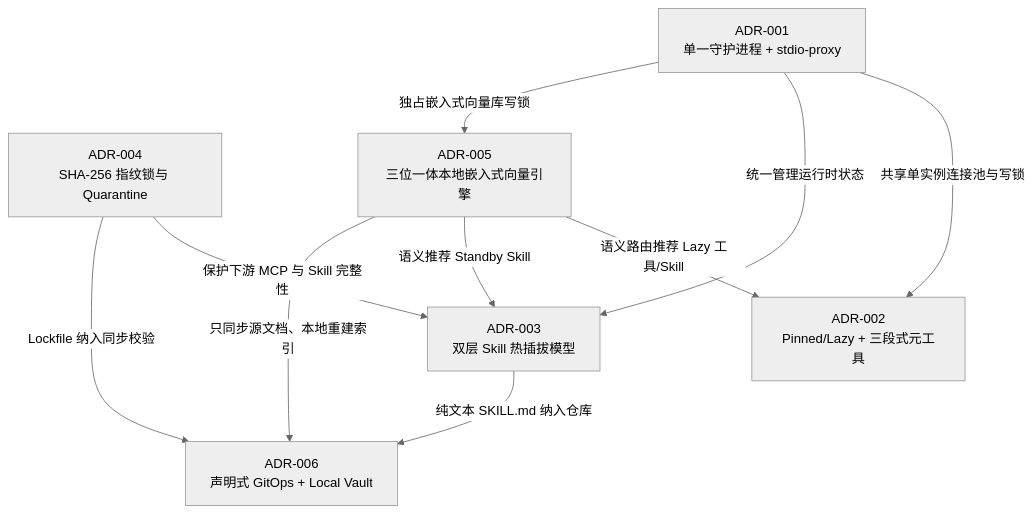
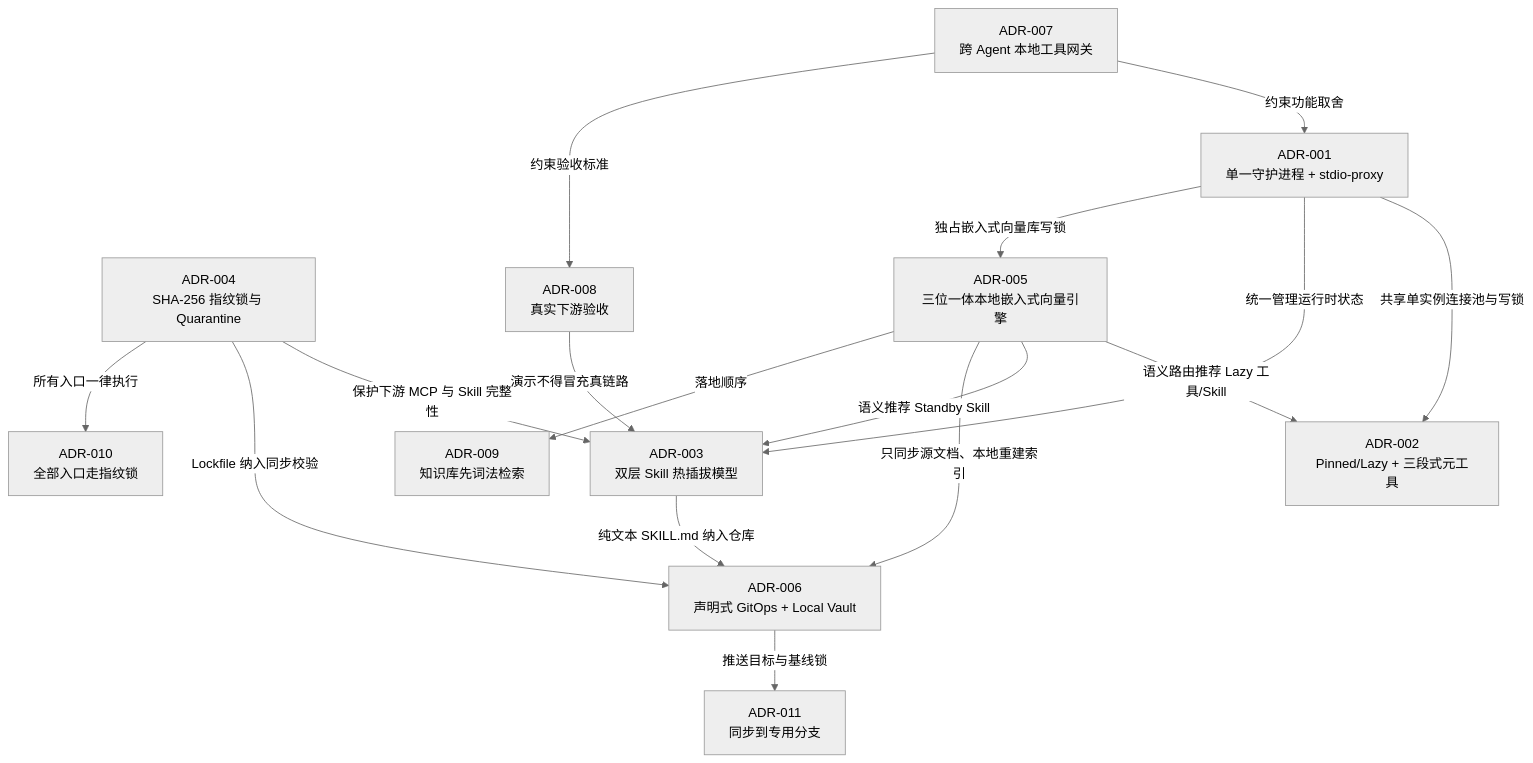
One commit to lwpk110/Agent-Toolbox changed the diagram in docs/adr/README.md. Above: the diagram before and after it, drawn with Mermaid (neutral theme). The commit also changed other lines of this file and 7 other files, not shown here.

````diff
--- a/docs/adr/README.md
+++ b/docs/adr/README.md
@@ -20,19 +25,31 @@
 ```mermaid
 flowchart TB
     ADR1["ADR-001<br/>单一守护进程 + stdio-proxy"]
     ADR2["ADR-002<br/>Pinned/Lazy + 三段式元工具"]
     ADR3["ADR-003<br/>双层 Skill 热插拔模型"]
     ADR4["ADR-004<br/>SHA-256 指纹锁与 Quarantine"]
     ADR5["ADR-005<br/>三位一体本地嵌入式向量引擎"]
     ADR6["ADR-006<br/>声明式 GitOps + Local Vault"]
 
     ADR1 -->|"共享单实例连接池与写锁"| ADR2
     ADR1 -->|"统一管理运行时状态"| ADR3
     ADR1 -->|"独占嵌入式向量库写锁"| ADR5
     ADR5 -->|"语义路由推荐 Lazy 工具/Skill"| ADR2
     ADR5 -->|"语义推荐 Standby Skill"| ADR3
     ADR4 -->|"保护下游 MCP 与 Skill 完整性"| ADR3
     ADR4 -->|"Lockfile 纳入同步校验"| ADR6
     ADR3 -->|"纯文本 SKILL.md 纳入仓库"| ADR6
     ADR5 -->|"只同步源文档、本地重建索引"| ADR6
+    ADR7["ADR-007<br/>跨 Agent 本地工具网关"]
+    ADR8["ADR-008<br/>真实下游验收"]
+    ADR9["ADR-009<br/>知识库先词法检索"]
+    ADR10["ADR-010<br/>全部入口走指纹锁"]
+    ADR11["ADR-011<br/>同步到专用分支"]
+
+    ADR7 -->|"约束功能取舍"| ADR1
+    ADR7 -->|"约束验收标准"| ADR8
+    ADR5 -->|"落地顺序"| ADR9
+    ADR4 -->|"所有入口一律执行"| ADR10
+    ADR6 -->|"推送目标与基线锁"| ADR11
+    ADR8 -->|"演示不得冒充真链路"| ADR3
 ```
````
